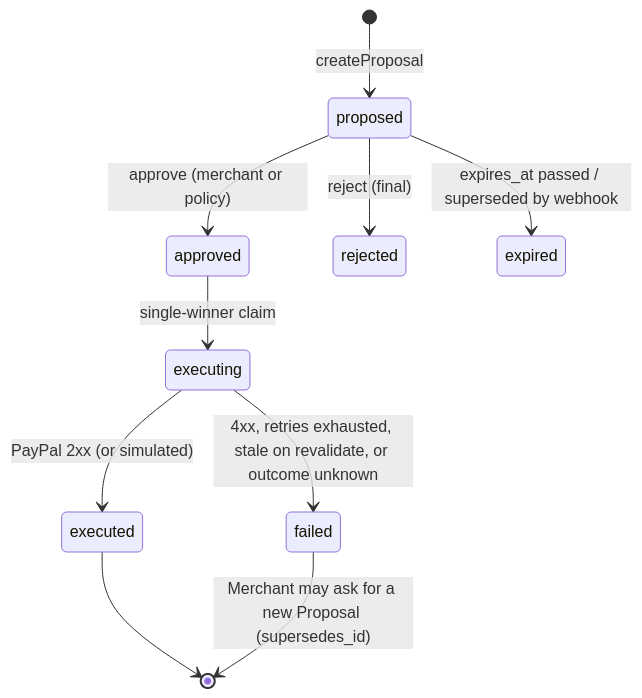
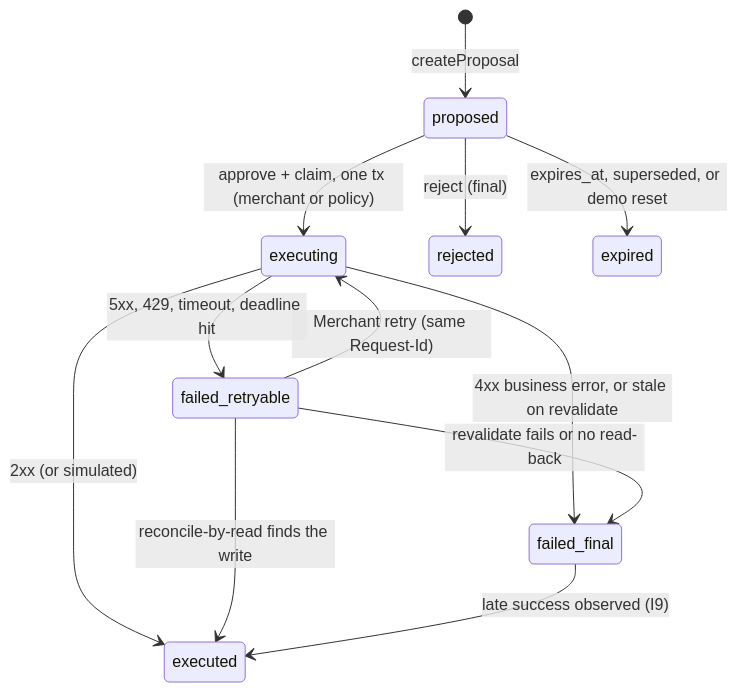
One commit to SebAustin/steward-merchant-copilot changed the second of 2 diagrams in PLAN.md. Above: the diagram before and after it, drawn with Mermaid. The commit also changed other lines of this file and 2 other files, not shown here.

````diff
--- a/PLAN.md
+++ b/PLAN.md
@@ -153,12 +168,14 @@
 ```mermaid
 stateDiagram-v2
   [*] --> proposed: createProposal
-  proposed --> approved: approve (merchant or policy)
+  proposed --> executing: approve + claim, one tx (merchant or policy)
   proposed --> rejected: reject (final)
-  proposed --> expired: expires_at passed / superseded by webhook
-  approved --> executing: single-winner claim
-  executing --> executed: PayPal 2xx (or simulated)
-  executing --> failed: 4xx, retries exhausted, stale on revalidate, or outcome unknown
-  executed --> [*]
-  failed --> [*]: Merchant may ask for a new Proposal (supersedes_id)
+  proposed --> expired: expires_at, superseded, or demo reset
+  executing --> executed: 2xx (or simulated)
+  executing --> failed_retryable: 5xx, 429, timeout, deadline hit
+  executing --> failed_final: 4xx business error, or stale on revalidate
+  failed_retryable --> executing: Merchant retry (same Request-Id)
+  failed_retryable --> executed: reconcile-by-read finds the write
+  failed_retryable --> failed_final: revalidate fails or no read-back
+  failed_final --> executed: late success observed (I9)
 ```
````
